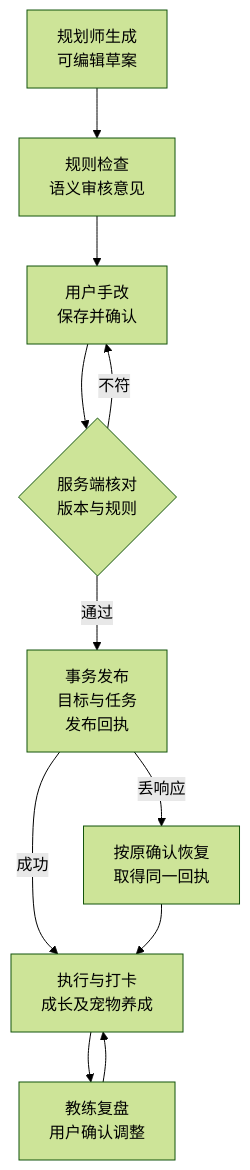
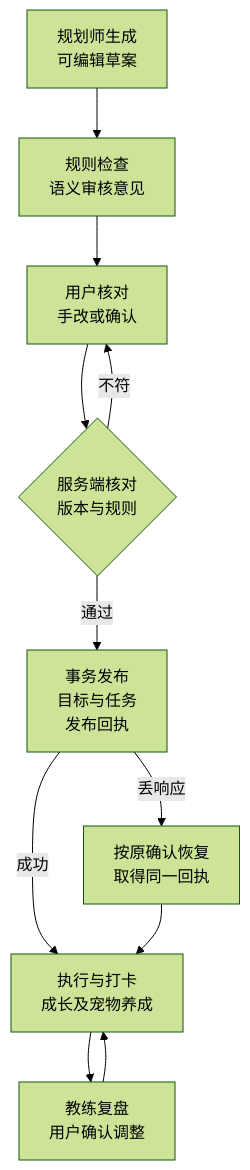
The diagram in README.md (666whatcanisay/WXshengling), drawn with Mermaid (forest theme) before and after one commit. The commit also changed other lines of this file, not shown here.

````diff
--- a/README.md
+++ b/README.md
@@ -33,13 +34,13 @@
 ```mermaid
 flowchart TD
     A["规划师生成<br/>可编辑草案"] --> B["规则检查<br/>语义审核意见"]
-    B --> C["用户手改<br/>保存并确认"]
+    B --> C["用户核对<br/>手改或确认"]
     C --> D{"服务端核对<br/>版本与规则"}
     D -->|"不符"| C
     D -->|"通过"| E["事务发布<br/>目标与任务<br/>发布回执"]
     E -->|"丢响应"| F["按原确认恢复<br/>取得同一回执"]
     E -->|"成功"| G["执行与打卡<br/>成长及宠物养成"]
     F --> G
     G --> H["教练复盘<br/>用户确认调整"]
     H --> G
 ```
````
